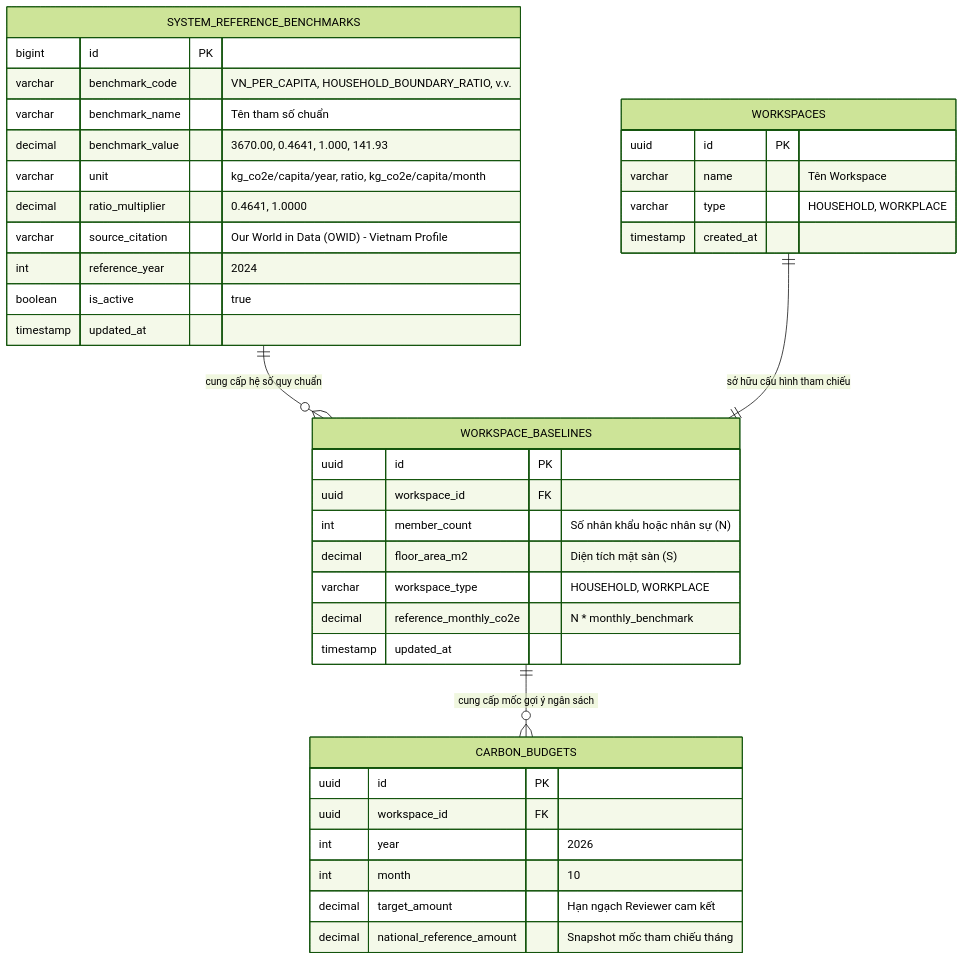
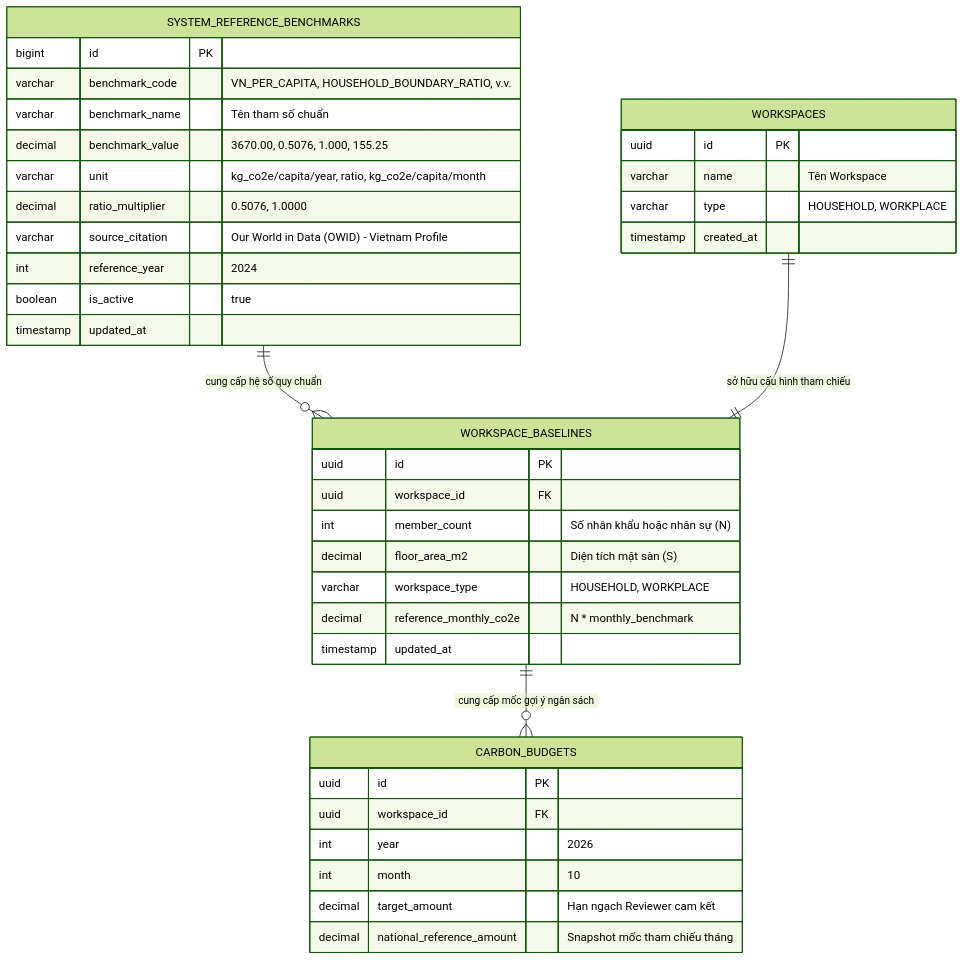
One commit to DatTienNguyenn/PMDC-BATCH4-DATNT250 changed the second of 3 diagrams in docs/emission-reference-benchmark.md. Above: the diagram before and after it, drawn with Mermaid (forest theme). The commit also changed other lines of this file and 9 other files, not shown here.

Commit message:
docs: include fugitive emissions in household benchmark adjusting ratio to 50.8% (#8)

````diff
--- a/docs/emission-reference-benchmark.md
+++ b/docs/emission-reference-benchmark.md
@@ -241,45 +244,45 @@
 ```mermaid
 erDiagram
     SYSTEM_REFERENCE_BENCHMARKS ||--o{ WORKSPACE_BASELINES : "cung cấp hệ số quy chuẩn"
     WORKSPACES ||--|| WORKSPACE_BASELINES : "sở hữu cấu hình tham chiếu"
     WORKSPACE_BASELINES ||--o{ CARBON_BUDGETS : "cung cấp mốc gợi ý ngân sách"
 
     SYSTEM_REFERENCE_BENCHMARKS {
         bigint id PK
         varchar benchmark_code "VN_PER_CAPITA, HOUSEHOLD_BOUNDARY_RATIO, v.v."
         varchar benchmark_name "Tên tham số chuẩn"
-        decimal benchmark_value "3670.00, 0.4641, 1.000, 141.93"
+        decimal benchmark_value "3670.00, 0.5076, 1.000, 155.25"
         varchar unit "kg_co2e/capita/year, ratio, kg_co2e/capita/month"
-        decimal ratio_multiplier "0.4641, 1.0000"
+        decimal ratio_multiplier "0.5076, 1.0000"
         varchar source_citation "Our World in Data (OWID) - Vietnam Profile"
         int reference_year "2024"
         boolean is_active "true"
         timestamp updated_at
     }
 
     WORKSPACES {
         uuid id PK
         varchar name "Tên Workspace"
         varchar type "HOUSEHOLD, WORKPLACE"
         timestamp created_at
     }
 
     WORKSPACE_BASELINES {
         uuid id PK
         uuid workspace_id FK
         int member_count "Số nhân khẩu hoặc nhân sự (N)"
         decimal floor_area_m2 "Diện tích mặt sàn (S)"
         varchar workspace_type "HOUSEHOLD, WORKPLACE"
         decimal reference_monthly_co2e "N * monthly_benchmark"
         timestamp updated_at
     }
 
     CARBON_BUDGETS {
         uuid id PK
         uuid workspace_id FK
         int year "2026"
         int month "10"
         decimal target_amount "Hạn ngạch Reviewer cam kết"
         decimal national_reference_amount "Snapshot mốc tham chiếu tháng"
     }
 ```
````
